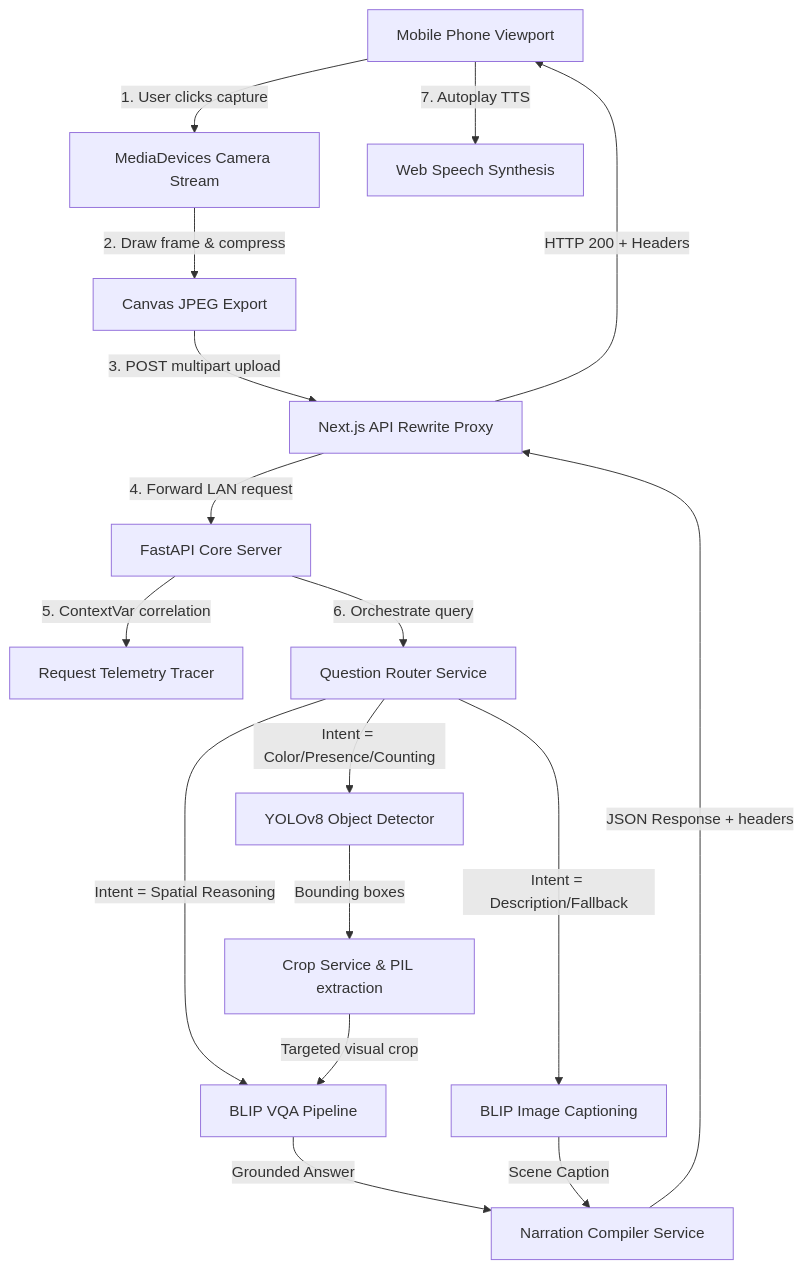
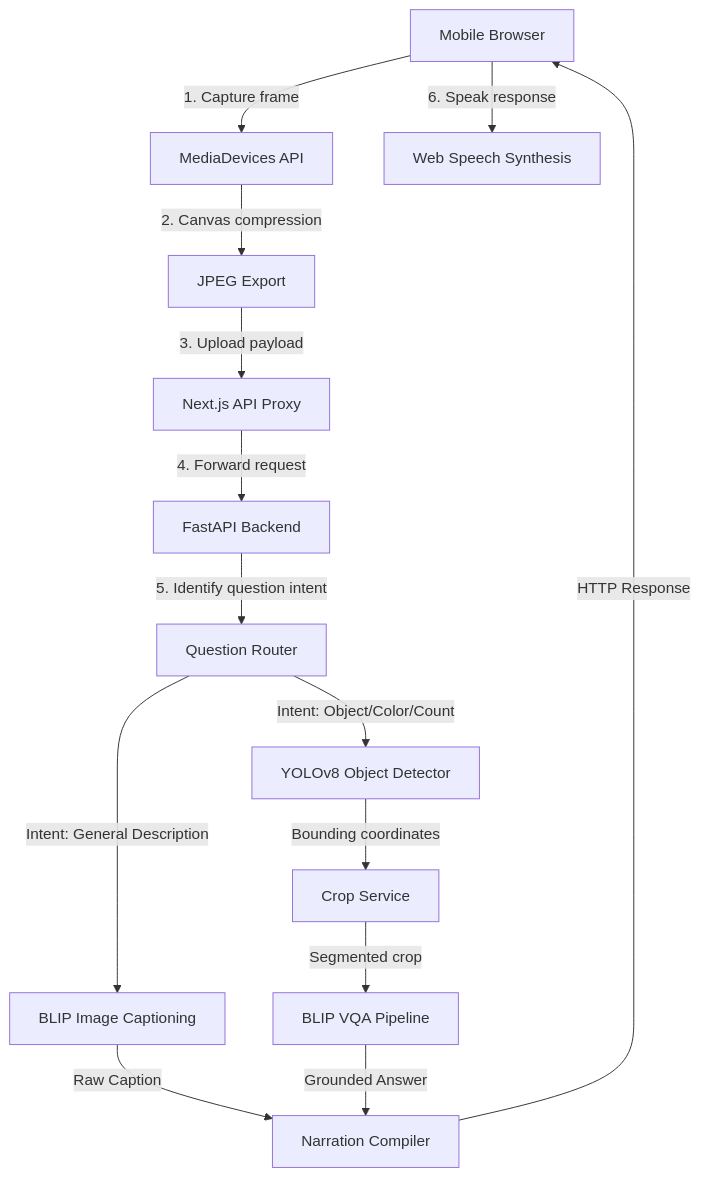
One commit to Harshil123451/AccessVision changed the diagram in README.md. Above: the diagram before and after it, drawn with Mermaid. The commit also changed other lines of this file and 1 other file, not shown here.

````diff
--- a/README.md
+++ b/README.md
@@ -36,22 +57,19 @@
 ```mermaid
 graph TD
-    A[Mobile Phone Viewport] -->|1. User clicks capture| B[MediaDevices Camera Stream]
-    B -->|2. Draw frame & compress| C[Canvas JPEG Export]
-    C -->|3. POST multipart upload| D[Next.js API Rewrite Proxy]
-    D -->|4. Forward LAN request| E[FastAPI Core Server]
-    E -->|5. ContextVar correlation| F[Request Telemetry Tracer]
-    E -->|6. Orchestrate query| G[Question Router Service]
+    A[Mobile Browser] -->|1. Capture frame| B[MediaDevices API]
+    B -->|2. Canvas compression| C[JPEG Export]
+    C -->|3. Upload payload| D[Next.js API Proxy]
+    D -->|4. Forward request| E[FastAPI Backend]
     
-    G -->|Intent = Color/Presence/Counting| H[YOLOv8 Object Detector]
-    G -->|Intent = Description/Fallback| I[BLIP Image Captioning]
-    G -->|Intent = Spatial Reasoning| J[BLIP VQA Pipeline]
+    E -->|5. Identify question intent| F[Question Router]
+    F -->|Intent: Object/Color/Count| G[YOLOv8 Object Detector]
+    F -->|Intent: General Description| H[BLIP Image Captioning]
     
-    H -->|Bounding boxes| K[Crop Service & PIL extraction]
-    K -->|Targeted visual crop| J
-    J -->|Grounded Answer| L[Narration Compiler Service]
-    I -->|Scene Caption| L
+    G -->|Bounding coordinates| I[Crop Service]
+    I -->|Segmented crop| J[BLIP VQA Pipeline]
+    H -->|Raw Caption| K[Narration Compiler]
+    J -->|Grounded Answer| K
     
-    L -->|JSON Response + headers| D
-    D -->|HTTP 200 + Headers| A
-    A -->|7. Autoplay TTS| M[Web Speech Synthesis]
+    K -->|HTTP Response| A
+    A -->|6. Speak response| L[Web Speech Synthesis]
 ```
````
